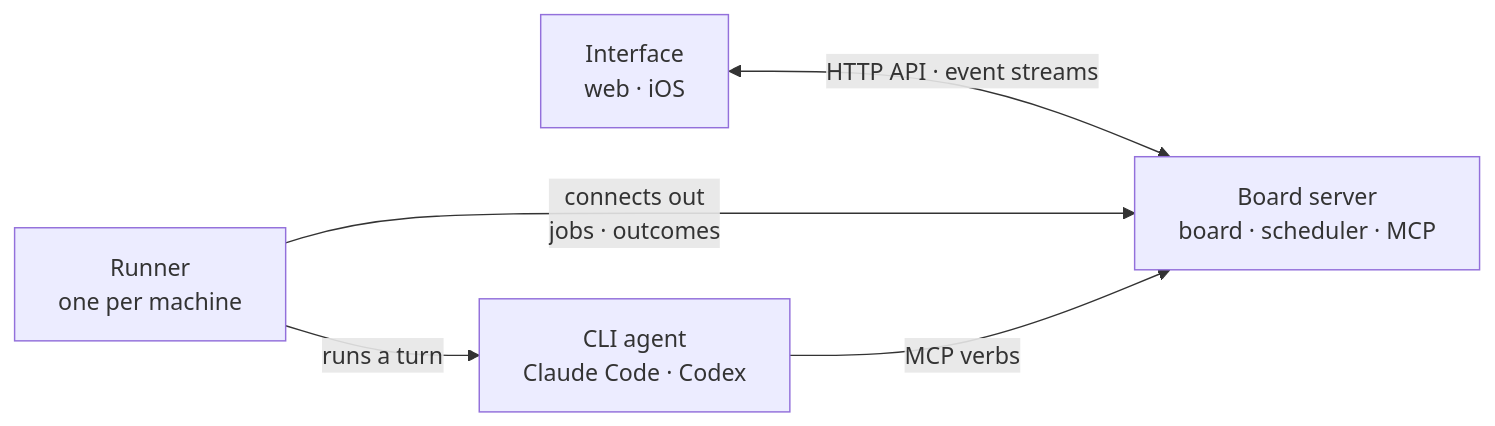
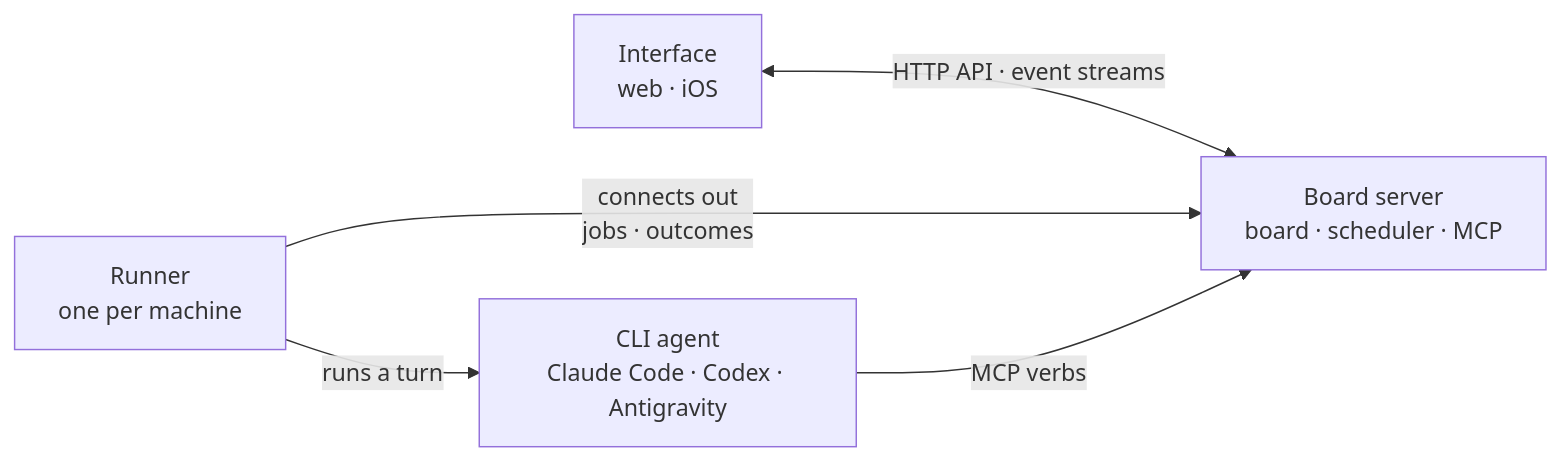
Before and after one commit to kr4t0n/stellaris: the diagram in README.md, drawn with Mermaid. The commit also changed other lines of this file and 17 other files, not shown here.

````diff
--- a/README.md
+++ b/README.md
@@ -12,12 +12,12 @@
 ```mermaid
 flowchart LR
     I["Interface<br/>web · iOS"]
     S["Board server<br/>board · scheduler · MCP"]
     R["Runner<br/>one per machine"]
-    C["CLI agent<br/>Claude Code · Codex"]
+    C["CLI agent<br/>Claude Code · Codex · Antigravity"]
 
     I <-->|"HTTP API · event streams"| S
     R -->|"connects out<br/>jobs · outcomes"| S
     R -->|"runs a turn"| C
     C -->|"MCP verbs"| S
 ```
````
